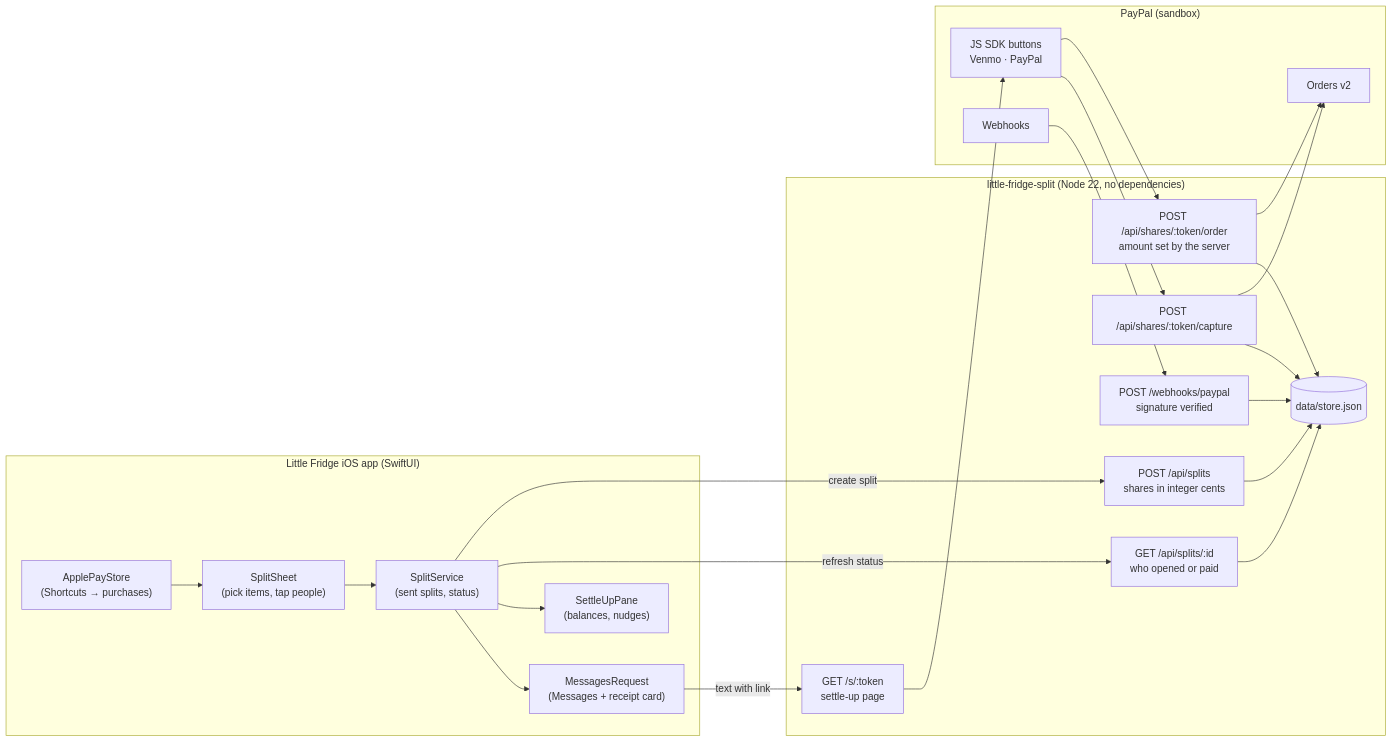
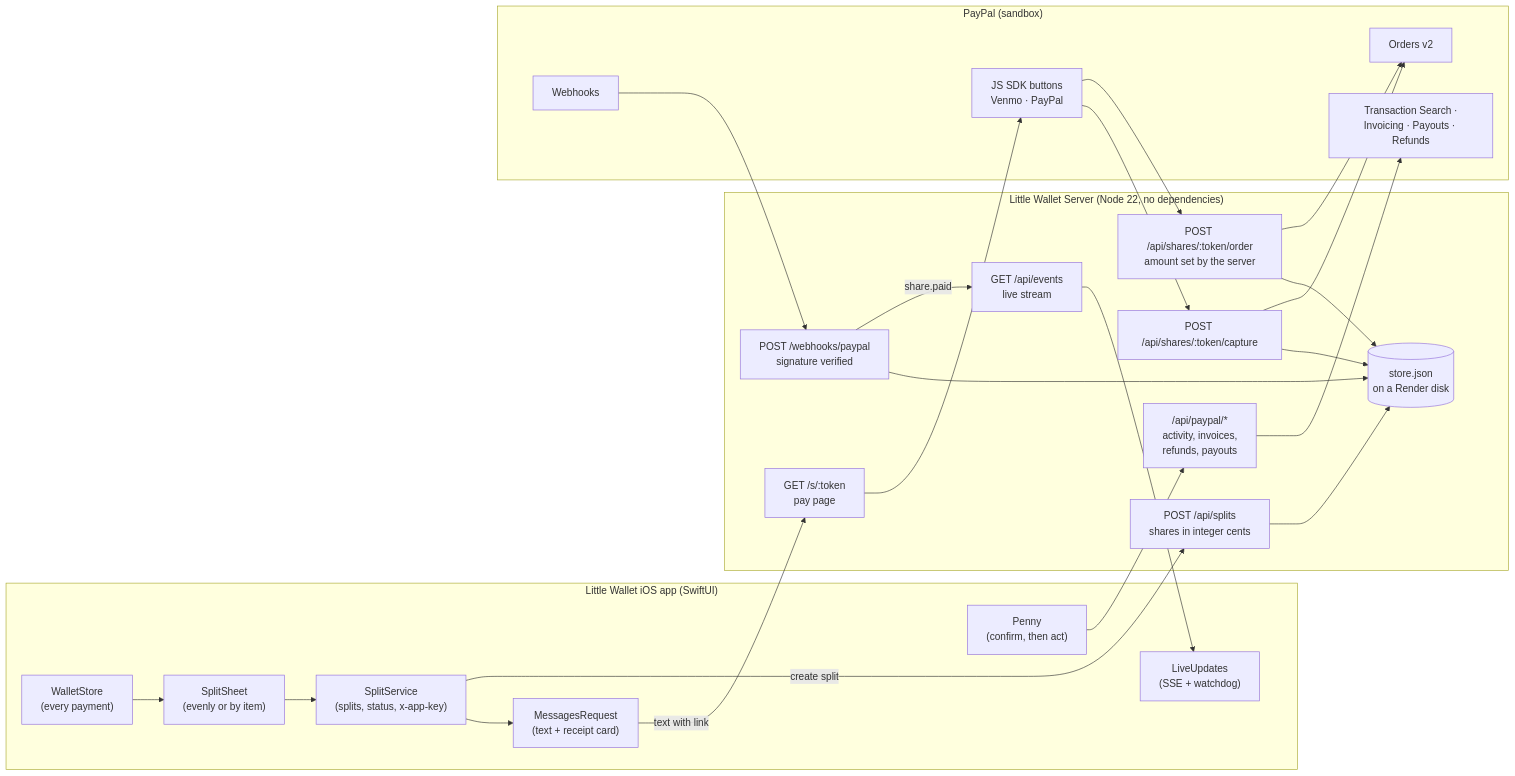
The diagram in README.md (JiawenZhu/little-wallet-server), drawn with Mermaid before and after one commit. The commit also changed other lines of this file and 13 other files, not shown here.

First line of the commit message:
README: rewritten for Little Wallet

````diff
--- a/README.md
+++ b/README.md
@@ -87,38 +106,41 @@
 ```mermaid
 flowchart LR
-    subgraph App ["Little Fridge iOS app (SwiftUI)"]
-        A["ApplePayStore<br/>(Shortcuts → purchases)"]
-        B["SplitSheet<br/>(pick items, tap people)"]
-        C["SplitService<br/>(sent splits, status)"]
-        D["SettleUpPane<br/>(balances, nudges)"]
-        E["MessagesRequest<br/>(Messages + receipt card)"]
+    subgraph App ["Little Wallet iOS app (SwiftUI)"]
+        A["WalletStore<br/>(every payment)"]
+        B["SplitSheet<br/>(evenly or by item)"]
+        C["SplitService<br/>(splits, status, x-app-key)"]
+        D["LiveUpdates<br/>(SSE + watchdog)"]
+        E["MessagesRequest<br/>(text + receipt card)"]
+        P["Penny<br/>(confirm, then act)"]
     end
 
-    subgraph Server ["little-fridge-split (Node 22, no dependencies)"]
+    subgraph Server ["Little Wallet Server (Node 22, no dependencies)"]
         F["POST /api/splits<br/>shares in integer cents"]
-        G["GET /s/:token<br/>settle-up page"]
+        G["GET /s/:token<br/>pay page"]
         H["POST /api/shares/:token/order<br/>amount set by the server"]
         I["POST /api/shares/:token/capture"]
         J["POST /webhooks/paypal<br/>signature verified"]
-        S["GET /api/splits/:id<br/>who opened or paid"]
-        K[("data/store.json")]
+        V["GET /api/events<br/>live stream"]
+        Q["/api/paypal/*<br/>activity, invoices,<br/>refunds, payouts"]
+        K[("store.json<br/>on a Render disk")]
     end
 
     subgraph PayPal ["PayPal (sandbox)"]
         L["Orders v2"]
         M["JS SDK buttons<br/>Venmo · PayPal"]
         N["Webhooks"]
+        R["Transaction Search ·<br/>Invoicing · Payouts · Refunds"]
     end
 
     A --> B --> C
     C -- "create split" --> F
-    C -- "refresh status" --> S
-    C --> D
     C --> E
     E -- "text with link" --> G
     G --> M
     M --> H --> L
     M --> I --> L
     N --> J
-    F & H & I & J & S --> K
+    J -- "share.paid" --> V --> D
+    P --> Q --> R
+    F & H & I & J --> K
 ```
````
